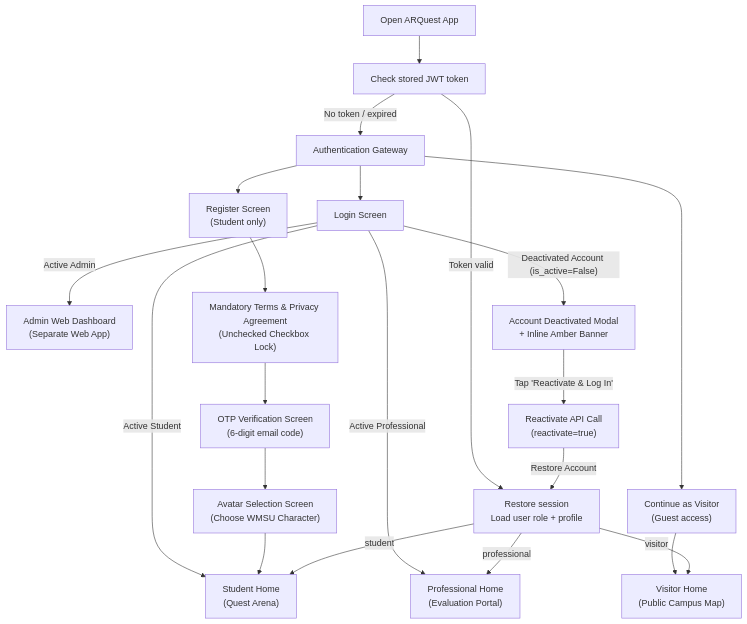
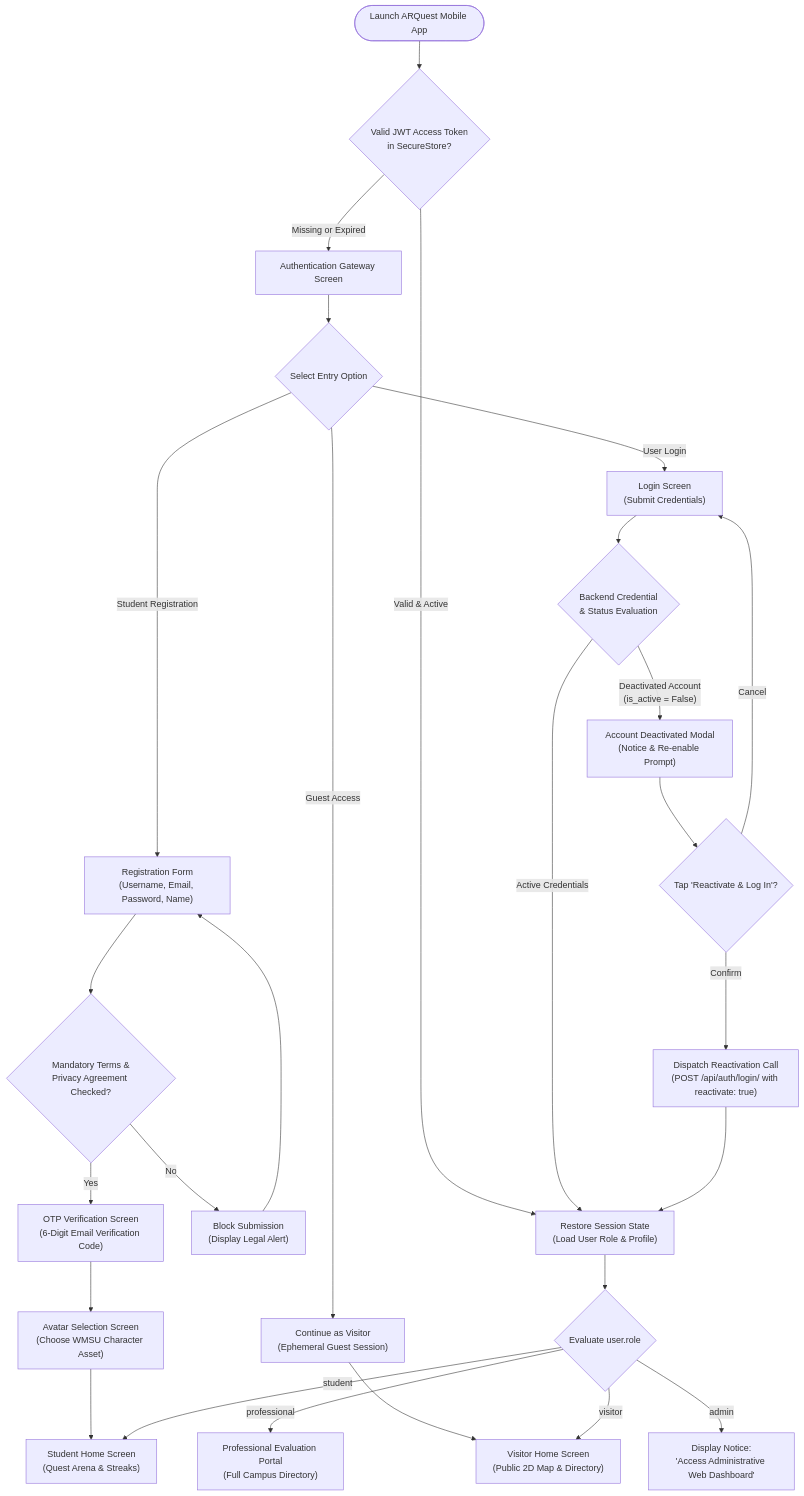
The first of 7 diagrams in user-flow.md (Cipher-Syntax/ARQuest), drawn with Mermaid before and after one commit. The commit also changed other lines of this file and 8 other files, not shown here.

Commit message:
Updated: documentation + diagrams

````diff
--- a/user-flow.md
+++ b/user-flow.md
@@ -10,33 +13,43 @@
 ```mermaid
 flowchart TD
-    OPEN["Open ARQuest App"]
-    CHECK["Check stored JWT token"]
+    START(["Launch ARQuest Mobile App"])
+    CHECK_TOKEN{"Valid JWT Access Token<br/>in SecureStore?"}
 
-    OPEN --> CHECK
+    START --> CHECK_TOKEN
 
-    CHECK -->|"Token valid"| RESTORE["Restore session\nLoad user role + profile"]
-    CHECK -->|"No token / expired"| GATE["Authentication Gateway"]
+    CHECK_TOKEN -->|"Valid & Active"| RESTORE["Restore Session State<br/>(Load User Role & Profile)"]
+    CHECK_TOKEN -->|"Missing or Expired"| GATEWAY["Authentication Gateway Screen"]
 
-    GATE --> LOGIN["Login Screen"]
-    GATE --> REGISTER["Register Screen\n(Student only)"]
-    GATE --> VISITOR["Continue as Visitor\n(Guest access)"]
+    GATEWAY --> CHOICE{"Select Entry Option"}
+    CHOICE -->|"Student Registration"| REG_FORM["Registration Form<br/>(Username, Email, Password, Name)"]
+    CHOICE -->|"User Login"| LOGIN_FORM["Login Screen<br/>(Submit Credentials)"]
+    CHOICE -->|"Guest Access"| GUEST_ENTRY["Continue as Visitor<br/>(Ephemeral Guest Session)"]
 
-    LOGIN -->|"Active Student"| STUDENT_HOME["Student Home\n(Quest Arena)"]
-    LOGIN -->|"Active Professional"| PROF_HOME["Professional Home\n(Evaluation Portal)"]
-    LOGIN -->|"Active Admin"| ADMIN_HOME["Admin Web Dashboard\n(Separate Web App)"]
+    %% Registration Sub-flow
+    REG_FORM --> LEGAL_CHECK{"Mandatory Terms &<br/>Privacy Agreement Checked?"}
+    LEGAL_CHECK -->|"No"| REG_LOCK["Block Submission<br/>(Display Legal Alert)"]
+    REG_LOCK --> REG_FORM
+    LEGAL_CHECK -->|"Yes"| OTP_SCREEN["OTP Verification Screen<br/>(6-Digit Email Verification Code)"]
+    OTP_SCREEN --> AVATAR_SELECT["Avatar Selection Screen<br/>(Choose WMSU Character Asset)"]
+    AVATAR_SELECT --> STUDENT_HOME["Student Home Screen<br/>(Quest Arena & Streaks)"]
+
+    %% Login Sub-flow & Reactivation
+    LOGIN_FORM --> AUTH_CHECK{"Backend Credential<br/>& Status Evaluation"}
+    AUTH_CHECK -->|"Active Credentials"| RESTORE
+    AUTH_CHECK -->|"Deactivated Account<br/>(is_active = False)"| DEACT_MODAL["Account Deactivated Modal<br/>(Notice & Re-enable Prompt)"]
     
-    LOGIN -->|"Deactivated Account (is_active=False)"| DEACT_MODAL["Account Deactivated Modal\n+ Inline Amber Banner"]
-    DEACT_MODAL -->|"Tap 'Reactivate & Log In'"| REACTIVATE["Reactivate API Call\n(reactivate=true)"]
-    REACTIVATE -->|"Restore Account"| RESTORE
+    DEACT_MODAL --> REACT_CHOICE{"Tap 'Reactivate & Log In'?"}
+    REACT_CHOICE -->|"Cancel"| LOGIN_FORM
+    REACT_CHOICE -->|"Confirm"| REACT_API["Dispatch Reactivation Call<br/>(POST /api/auth/login/ with reactivate: true)"]
+    REACT_API --> RESTORE
 
-    REGISTER --> ONBOARDING_LEGAL["Mandatory Terms & Privacy Agreement\n(Unchecked Checkbox Lock)"]
-    ONBOARDING_LEGAL --> OTP["OTP Verification Screen\n(6-digit email code)"]
-    OTP --> AVATAR["Avatar Selection Screen\n(Choose WMSU Character)"]
-    AVATAR --> STUDENT_HOME
+    %% Guest Routing
+    GUEST_ENTRY --> VISITOR_HOME["Visitor Home Screen<br/>(Public 2D Map & Directory)"]
 
-    VISITOR --> VISITOR_HOME["Visitor Home\n(Public Campus Map)"]
-
-    RESTORE -->|"student"| STUDENT_HOME
-    RESTORE -->|"professional"| PROF_HOME
-    RESTORE -->|"visitor"| VISITOR_HOME
+    %% Role Dispatching
+    RESTORE --> ROLE_BRANCH{"Evaluate user.role"}
+    ROLE_BRANCH -->|"student"| STUDENT_HOME
+    ROLE_BRANCH -->|"professional"| PROF_HOME["Professional Evaluation Portal<br/>(Full Campus Directory)"]
+    ROLE_BRANCH -->|"visitor"| VISITOR_HOME
+    ROLE_BRANCH -->|"admin"| ADMIN_PROMPT["Display Notice:<br/>'Access Administrative Web Dashboard'"]
 ```
````
